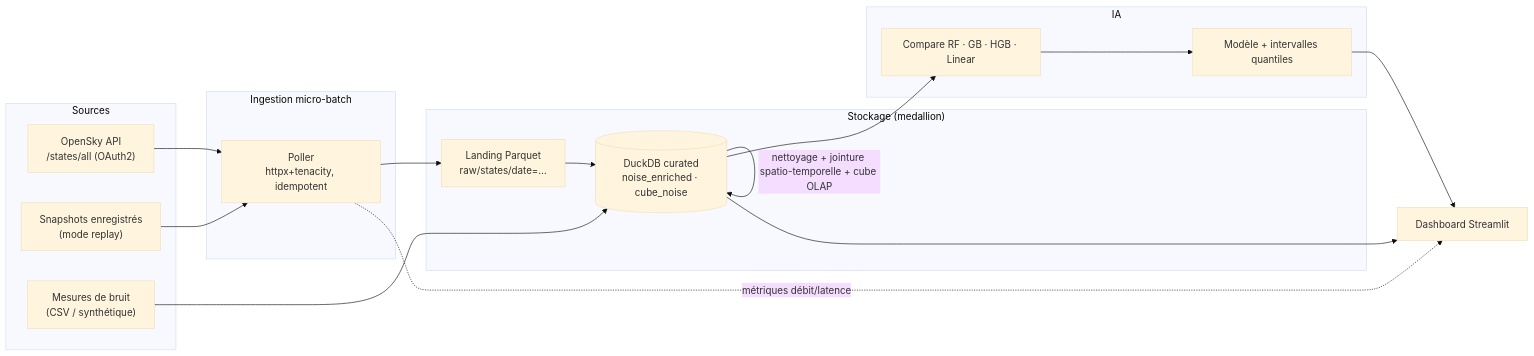
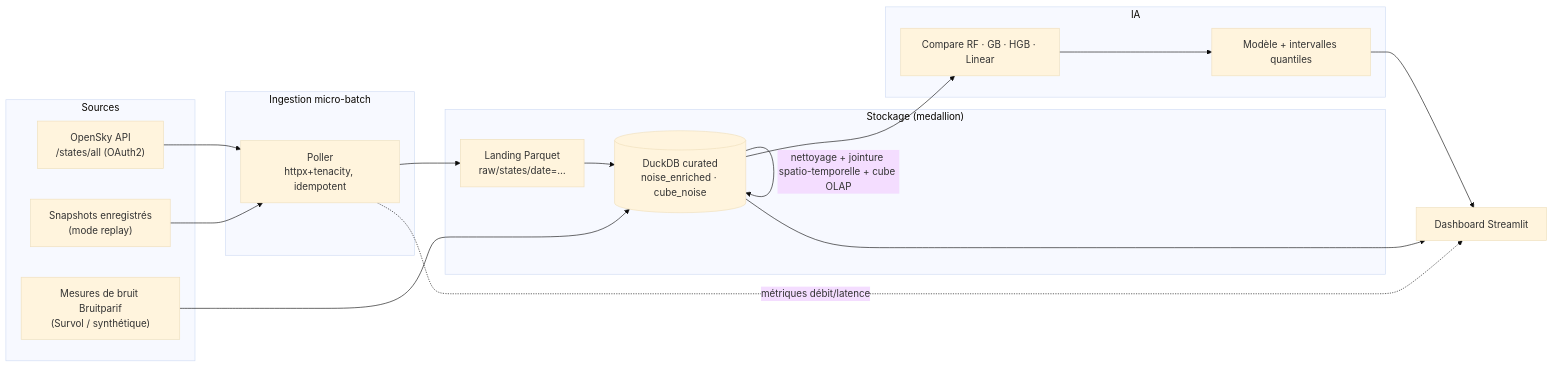
One commit to Amiiircmoi/ciel-tranquille changed the first of 2 diagrams in README.md. Above: the diagram before and after it, drawn with Mermaid (base theme). The commit also changed other lines of this file and 6 other files, not shown here.

````diff
--- a/README.md
+++ b/README.md
@@ -12,27 +12,27 @@
 ```mermaid
 flowchart LR
     subgraph SRC["Sources"]
         OS["OpenSky API\n/states/all (OAuth2)"]
         RP["Snapshots enregistrés\n(mode replay)"]
-        BR["Mesures de bruit\n(CSV / synthétique)"]
+        BR["Mesures de bruit Bruitparif\n(Survol / synthétique)"]
     end
     subgraph ING["Ingestion micro-batch"]
         PO["Poller\nhttpx+tenacity, idempotent"]
     end
     subgraph STO["Stockage (medallion)"]
         RAW["Landing Parquet\nraw/states/date=…"]
         DUCK[("DuckDB curated\nnoise_enriched · cube_noise")]
     end
     subgraph ML["IA"]
         TR["Compare RF · GB · HGB · Linear"]
         MD["Modèle + intervalles quantiles"]
     end
     OS --> PO
     RP --> PO
     PO --> RAW --> DUCK
     BR --> DUCK
     DUCK -->|nettoyage + jointure spatio-temporelle + cube OLAP| DUCK
     DUCK --> TR --> MD --> DASH["Dashboard Streamlit"]
     DUCK --> DASH
     PO -. métriques débit/latence .-> DASH
 ```
````
